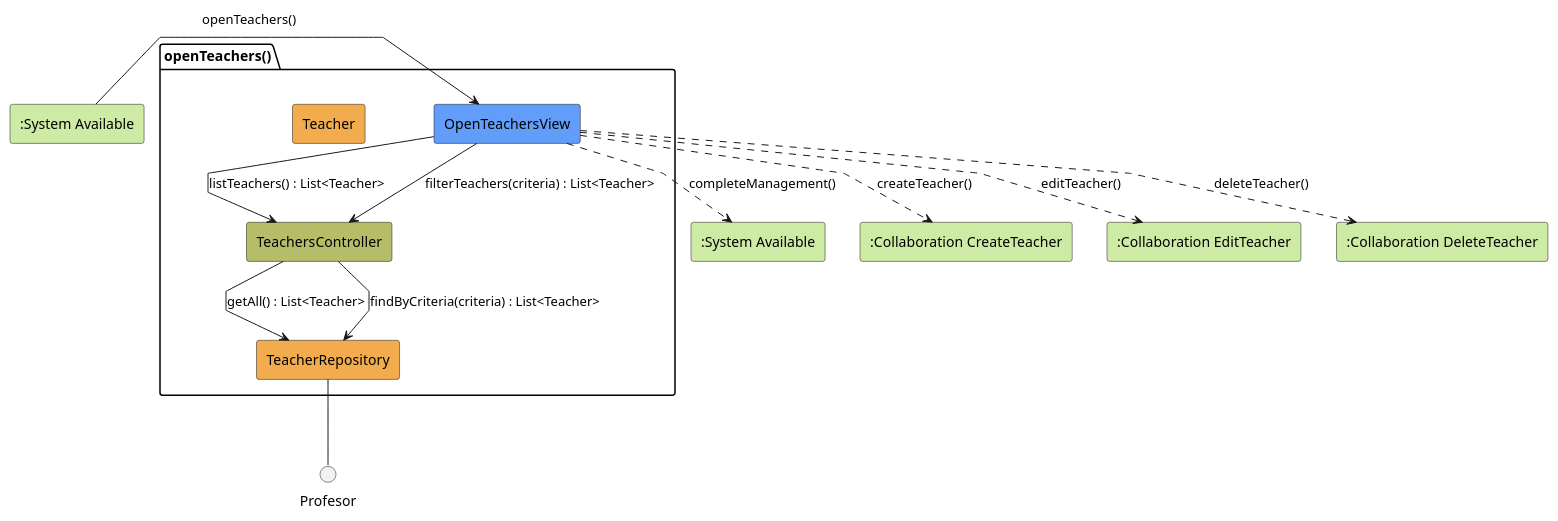
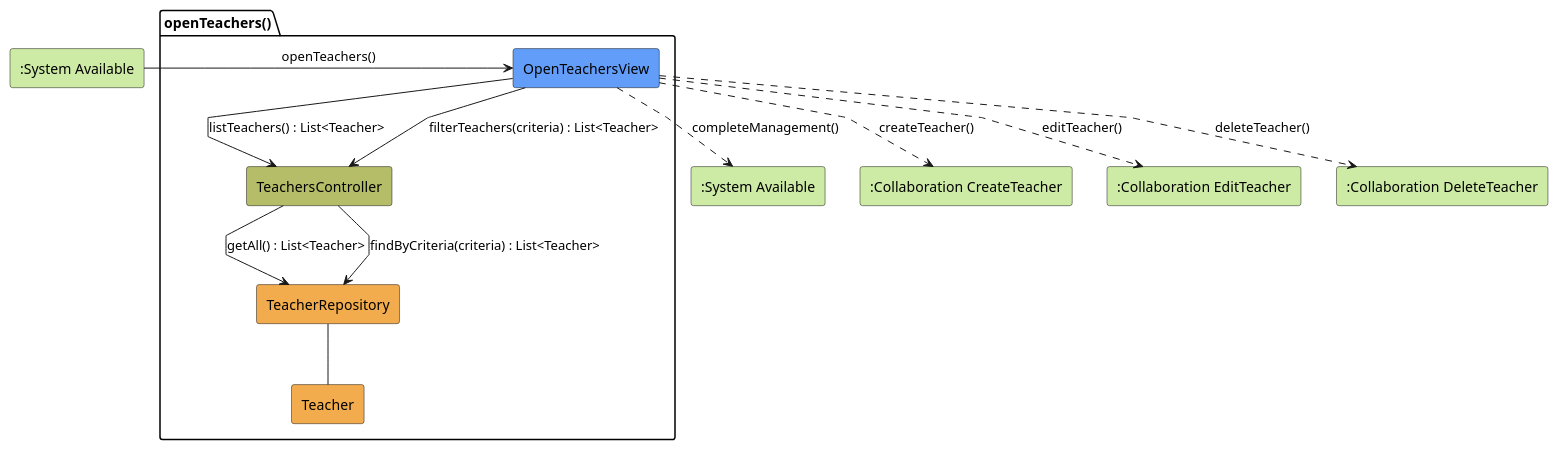
One commit to mmasias/pySigHor changed the diagram in RUP/01-analisis/casos-uso/abrirProfesores/colaboracion.puml. Above: the diagram before and after it, drawn with PlantUML. The commit also changed 3 other files, not shown here.

Commit message:
Fix Spanish naming inconsistencies in collaboration diagrams following domain model conventions

```diff
--- a/RUP/01-analisis/casos-uso/abrirProfesores/colaboracion.puml
+++ b/RUP/01-analisis/casos-uso/abrirProfesores/colaboracion.puml
@@ -1,34 +1,34 @@
 @startuml openTeachers-analysis
 skinparam linetype polyline
 
 rectangle #CDEBA5 ":System Available" as SystemAvailable
 package openTeachers as "openTeachers()" {
     rectangle #629EF9 OpenTeachersView
     rectangle #b5bd68 TeachersController
     rectangle #F2AC4E TeacherRepository
     rectangle #F2AC4E Teacher
 }
 
 rectangle #CDEBA5 ":System Available" as SystemAvailableSalida
 rectangle #CDEBA5 ":Collaboration CreateTeacher" as CreateTeacher
 rectangle #CDEBA5 ":Collaboration EditTeacher" as EditTeacher
 rectangle #CDEBA5 ":Collaboration DeleteTeacher" as DeleteTeacher
 
 SystemAvailable -r-> OpenTeachersView: openTeachers()
 
 OpenTeachersView -d-> TeachersController: listTeachers() : List<Teacher>
 
 TeachersController --> TeacherRepository: getAll() : List<Teacher>
 
-TeacherRepository -- Profesor
+TeacherRepository -- Teacher
 
 OpenTeachersView --> TeachersController: filterTeachers(criteria) : List<Teacher>
 
 TeachersController --> TeacherRepository: findByCriteria(criteria) : List<Teacher>
 
 OpenTeachersView ..> SystemAvailableSalida: completeManagement()
 OpenTeachersView ..> CreateTeacher: createTeacher()
 OpenTeachersView ..> EditTeacher: editTeacher()
 OpenTeachersView ..> DeleteTeacher: deleteTeacher()
 
 @enduml
```
